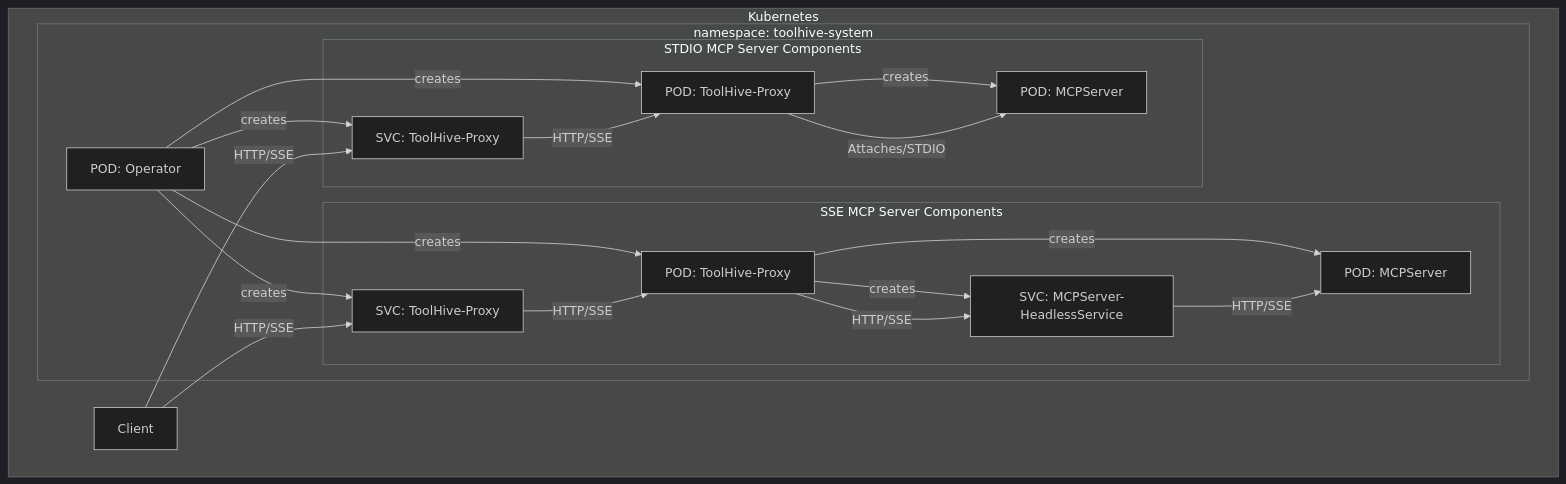
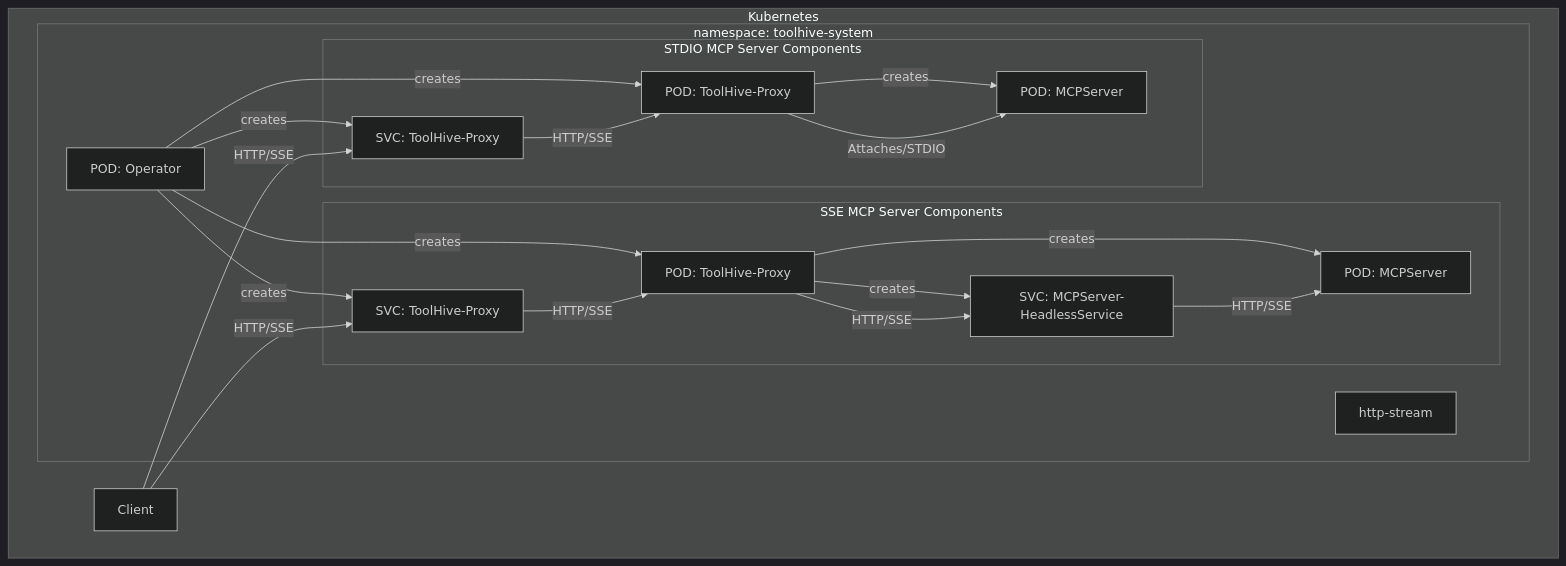
The diagram in cmd/thv-operator/README.md (stacklok/toolhive), drawn with Mermaid before and after one commit. The commit also changed other lines of this file and 22 other files, not shown here.

````diff
--- a/cmd/thv-operator/README.md
+++ b/cmd/thv-operator/README.md
@@ -16,36 +16,37 @@
 ```mermaid
 ---
 config:
   theme: dark
   look: classic
   layout: dagre
 ---
 flowchart LR
  subgraph Kubernetes
    direction LR
     namespace
     User1["Client"]
  end
  subgraph namespace[namespace: toolhive-system]
     operator["POD: Operator"]
     sse
+    http-stream
     stdio
  end
 
  subgraph sse[SSE MCP Server Components]
     operator -- creates --> THVProxySSE[POD: ToolHive-Proxy] & TPSSSE[SVC: ToolHive-Proxy]
     THVProxySSE -- creates --> MCPServerSSE[POD: MCPServer] & MCPHeadlessSSE[SVC: MCPServer-HeadlessService]
     User1 -- HTTP/SSE --> TPSSSE
     TPSSSE -- HTTP/SSE --> THVProxySSE
     THVProxySSE -- HTTP/SSE --> MCPHeadlessSSE
     MCPHeadlessSSE -- HTTP/SSE --> MCPServerSSE
  end
 
  subgraph stdio[STDIO MCP Server Components]
     operator -- creates --> THVProxySTDIO[POD: ToolHive-Proxy] & TPSSTDIO[SVC: ToolHive-Proxy]
     THVProxySTDIO -- creates --> MCPServerSTDIO[POD: MCPServer]
     User1 -- HTTP/SSE --> TPSSTDIO
     TPSSTDIO -- HTTP/SSE --> THVProxySTDIO
     THVProxySTDIO -- Attaches/STDIO --> MCPServerSTDIO
  end
 ```
````
